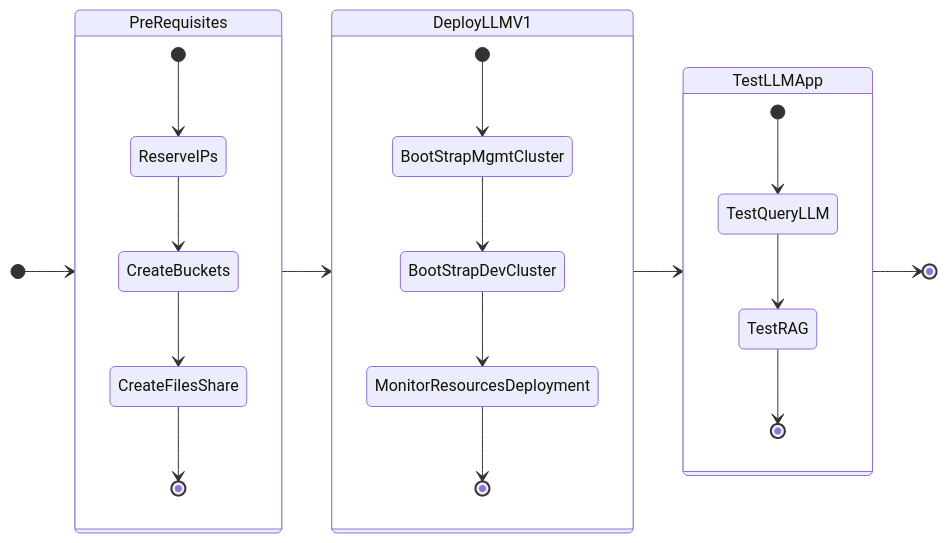
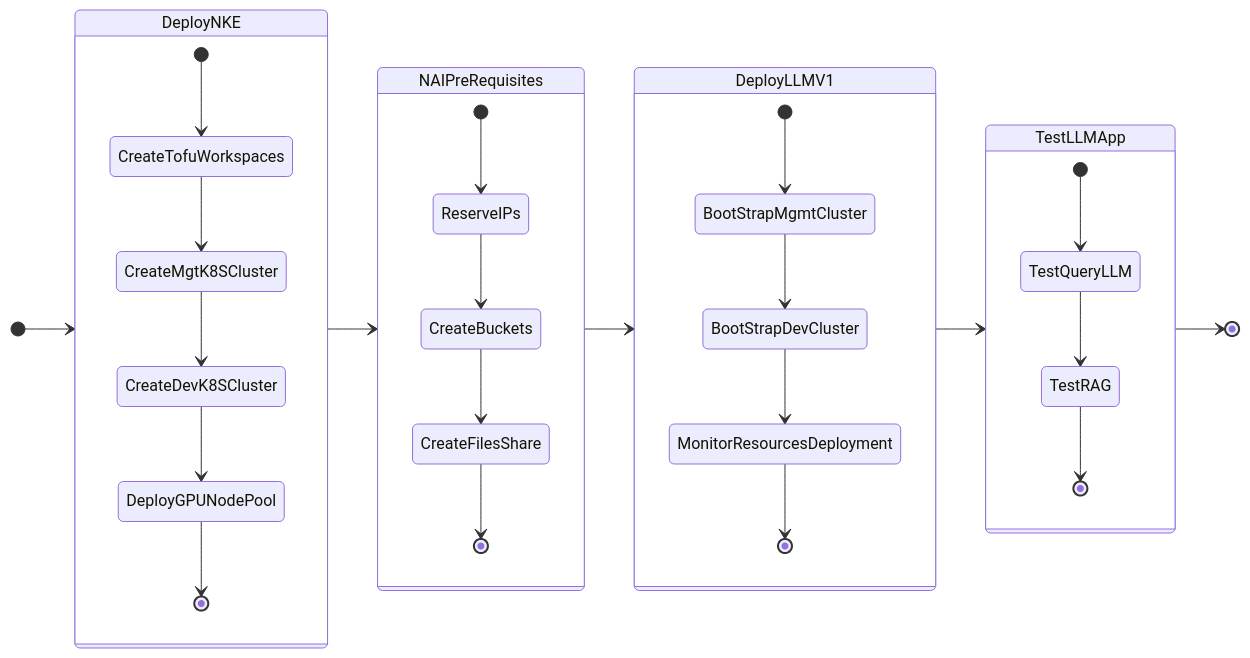
Before and after one commit to nutanix-japan/nai-llm: the diagram in docs/llmmgmt/index.md, drawn with Mermaid. The commit also changed other lines of this file and 2 other files, not shown here.

Commit message:
update: getting started section for Tutorials with mermaid flow

````diff
--- a/docs/llmmgmt/index.md
+++ b/docs/llmmgmt/index.md
@@ -41,29 +17,38 @@
 ```mermaid
 stateDiagram-v2
     direction LR
 
-    state PreRequisites {
+    state DeployNKE {
+        [*] --> CreateTofuWorkspaces
+        CreateTofuWorkspaces --> CreateMgtK8SCluster
+        CreateMgtK8SCluster --> CreateDevK8SCluster
+        CreateDevK8SCluster --> DeployGPUNodePool
+        DeployGPUNodePool --> [*]
+    }
+    
+    state NAIPreRequisites {
         [*] --> ReserveIPs
         ReserveIPs --> CreateBuckets
         CreateBuckets --> CreateFilesShare
         CreateFilesShare --> [*]
     }
     
     state DeployLLMV1 {
         [*] --> BootStrapMgmtCluster
         BootStrapMgmtCluster -->  BootStrapDevCluster
         BootStrapDevCluster --> MonitorResourcesDeployment
         MonitorResourcesDeployment --> [*]
     }
 
     state TestLLMApp {
         [*] --> TestQueryLLM
         TestQueryLLM --> TestRAG
         TestRAG -->  [*]
     }
 
-    [*] --> PreRequisites
-    PreRequisites --> DeployLLMV1
+    [*] --> DeployNKE
+    DeployNKE --> NAIPreRequisites
+    NAIPreRequisites --> DeployLLMV1
     DeployLLMV1 --> TestLLMApp
     TestLLMApp --> [*]
 ```
````
